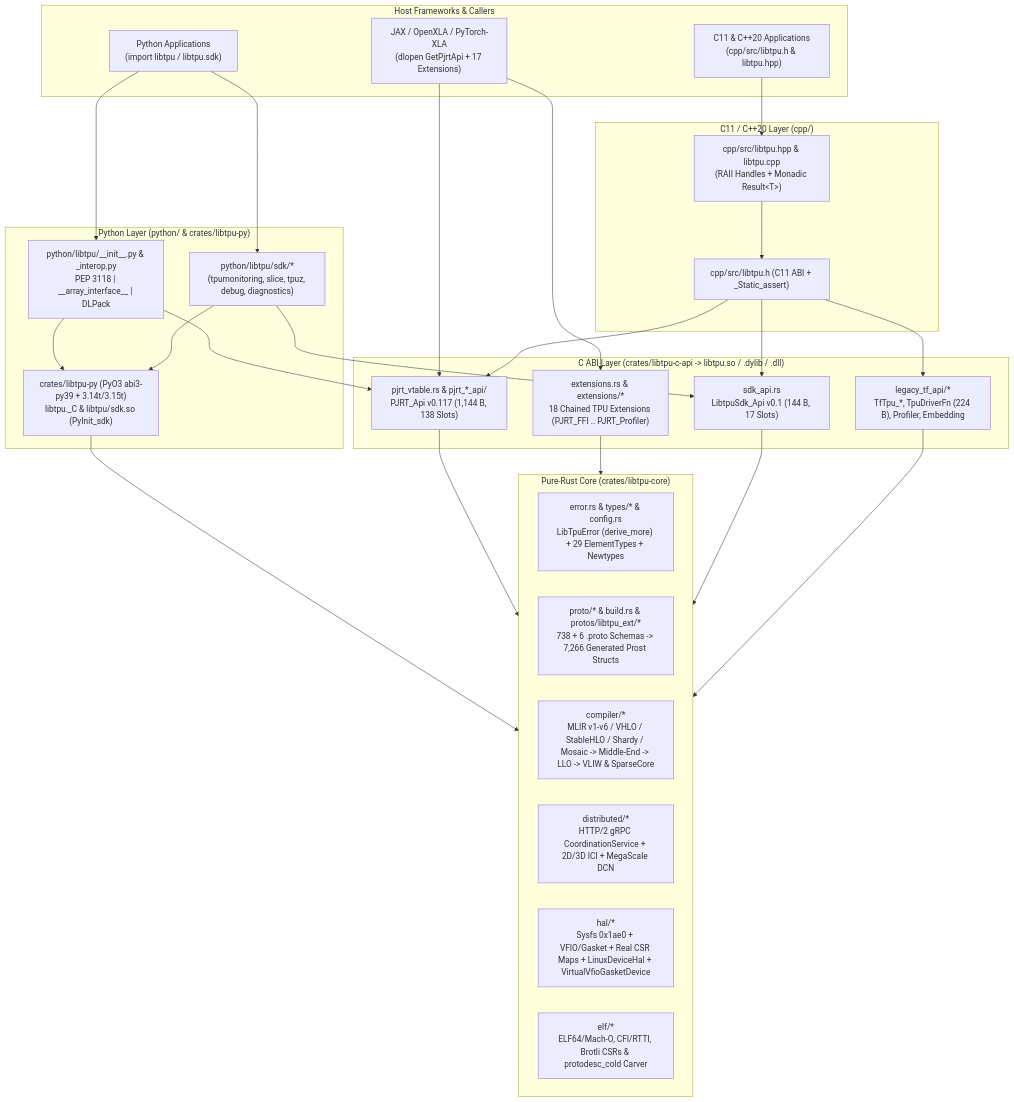
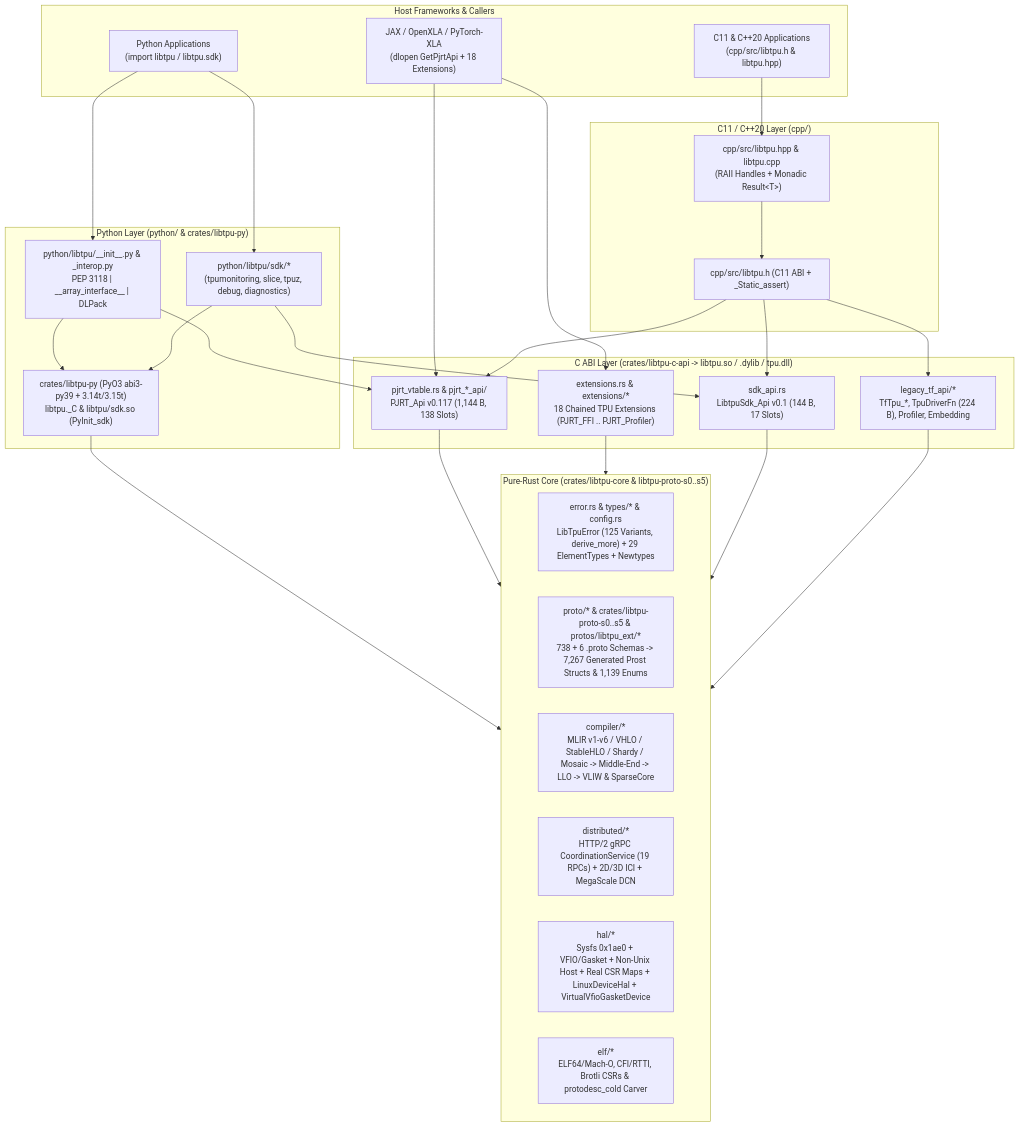
The diagram in ARCHITECTURE.md (SamuelMarks/libtpu-rs), drawn with Mermaid before and after one commit. The commit also changed other lines of this file and 16 other files, not shown here.

````diff
--- a/ARCHITECTURE.md
+++ b/ARCHITECTURE.md
@@ -41,43 +41,43 @@
 ```mermaid
 flowchart TD
     subgraph External["Host Frameworks & Callers"]
-        JAX["JAX / OpenXLA / PyTorch-XLA<br/>(dlopen GetPjrtApi + 17 Extensions)"]
+        JAX["JAX / OpenXLA / PyTorch-XLA<br/>(dlopen GetPjrtApi + 18 Extensions)"]
         CppApp["C11 & C++20 Applications<br/>(cpp/src/libtpu.h & libtpu.hpp)"]
         PyApp["Python Applications<br/>(import libtpu / libtpu.sdk)"]
     end
 
     subgraph PyPkg["Python Layer (python/ & crates/libtpu-py)"]
         PyMod["python/libtpu/__init__.py & _interop.py<br/>PEP 3118 | __array_interface__ | DLPack"]
         PySdk["python/libtpu/sdk/*<br/>(tpumonitoring, slice, tpuz, debug, diagnostics)"]
         PyO3Crate["crates/libtpu-py (PyO3 abi3-py39 + 3.14t/3.15t)<br/>libtpu._C & libtpu/sdk.so (PyInit_sdk)"]
     end
 
     subgraph CppLayer["C11 / C++20 Layer (cpp/)"]
         CHdr["cpp/src/libtpu.h (C11 ABI + _Static_assert)"]
         CppSdk["cpp/src/libtpu.hpp & libtpu.cpp<br/>(RAII Handles + Monadic Result&lt;T&gt;)"]
     end
 
-    subgraph CApi["C ABI Layer (crates/libtpu-c-api -> libtpu.so / .dylib / .dll)"]
+    subgraph CApi["C ABI Layer (crates/libtpu-c-api -> libtpu.so / .dylib / tpu.dll)"]
         PjrtVtbl["pjrt_vtable.rs & pjrt_*_api/<br/>PJRT_Api v0.117 (1,144 B, 138 Slots)"]
         ExtChain["extensions.rs & extensions/*<br/>18 Chained TPU Extensions (PJRT_FFI .. PJRT_Profiler)"]
         SdkVtbl["sdk_api.rs<br/>LibtpuSdk_Api v0.1 (144 B, 17 Slots)"]
         LegacyTf["legacy_tf_api/*<br/>TfTpu_*, TpuDriverFn (224 B), Profiler, Embedding"]
     end
 
-    subgraph Core["Pure-Rust Core (crates/libtpu-core)"]
-        ErrTypes["error.rs & types/* & config.rs<br/>LibTpuError (derive_more) + 29 ElementTypes + Newtypes"]
-        Proto["proto/* & build.rs & protos/libtpu_ext/*<br/>738 + 6 .proto Schemas -> 7,266 Generated Prost Structs"]
+    subgraph Core["Pure-Rust Core (crates/libtpu-core & libtpu-proto-s0..s5)"]
+        ErrTypes["error.rs & types/* & config.rs<br/>LibTpuError (125 Variants, derive_more) + 29 ElementTypes + Newtypes"]
+        Proto["proto/* & crates/libtpu-proto-s0..s5 & protos/libtpu_ext/*<br/>738 + 6 .proto Schemas -> 7,267 Generated Prost Structs & 1,139 Enums"]
         Compiler["compiler/*<br/>MLIR v1-v6 / VHLO / StableHLO / Shardy / Mosaic -> Middle-End -> LLO -> VLIW & SparseCore"]
-        Dist["distributed/*<br/>HTTP/2 gRPC CoordinationService + 2D/3D ICI + MegaScale DCN"]
-        Hal["hal/*<br/>Sysfs 0x1ae0 + VFIO/Gasket + Real CSR Maps + LinuxDeviceHal + VirtualVfioGasketDevice"]
+        Dist["distributed/*<br/>HTTP/2 gRPC CoordinationService (19 RPCs) + 2D/3D ICI + MegaScale DCN"]
+        Hal["hal/*<br/>Sysfs 0x1ae0 + VFIO/Gasket + Non-Unix Host + Real CSR Maps + LinuxDeviceHal + VirtualVfioGasketDevice"]
         Elf["elf/*<br/>ELF64/Mach-O, CFI/RTTI, Brotli CSRs & protodesc_cold Carver"]
     end
 
     JAX --> PjrtVtbl & ExtChain
     CppApp --> CppSdk --> CHdr --> PjrtVtbl & SdkVtbl & LegacyTf
     PyApp --> PyMod & PySdk
     PyMod --> PyO3Crate & PjrtVtbl
     PySdk --> PyO3Crate & SdkVtbl
     PyO3Crate --> Core
     PjrtVtbl & ExtChain & SdkVtbl & LegacyTf --> Core
 ```
````
